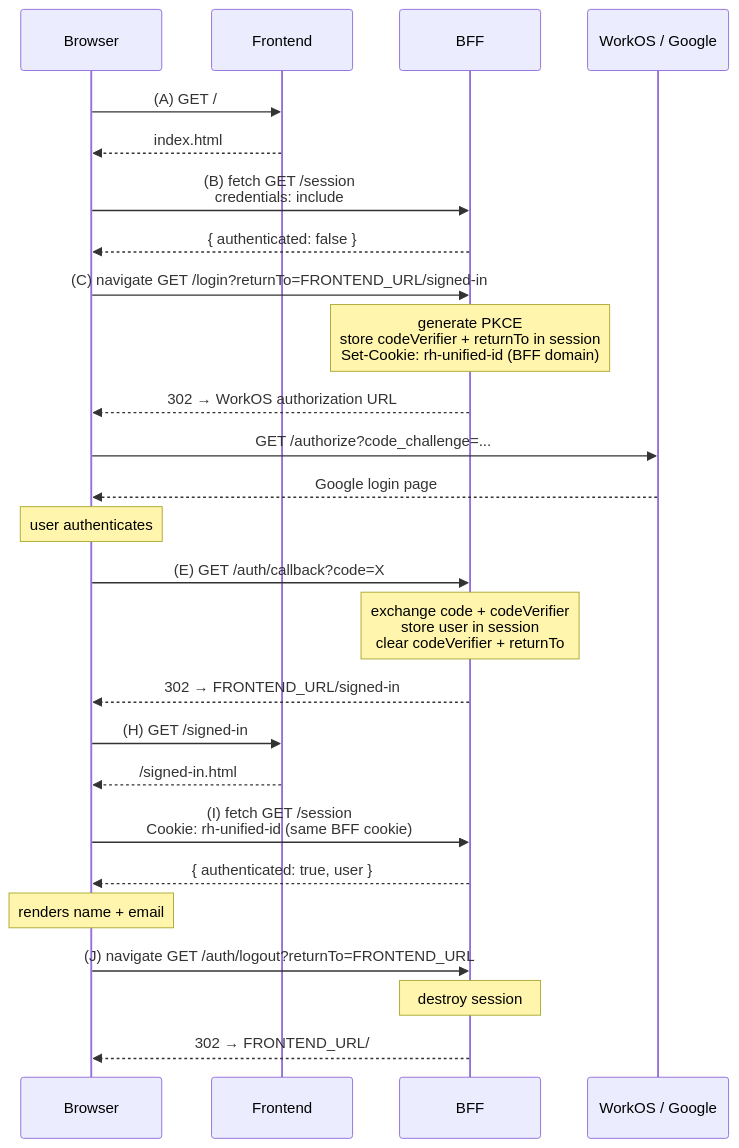
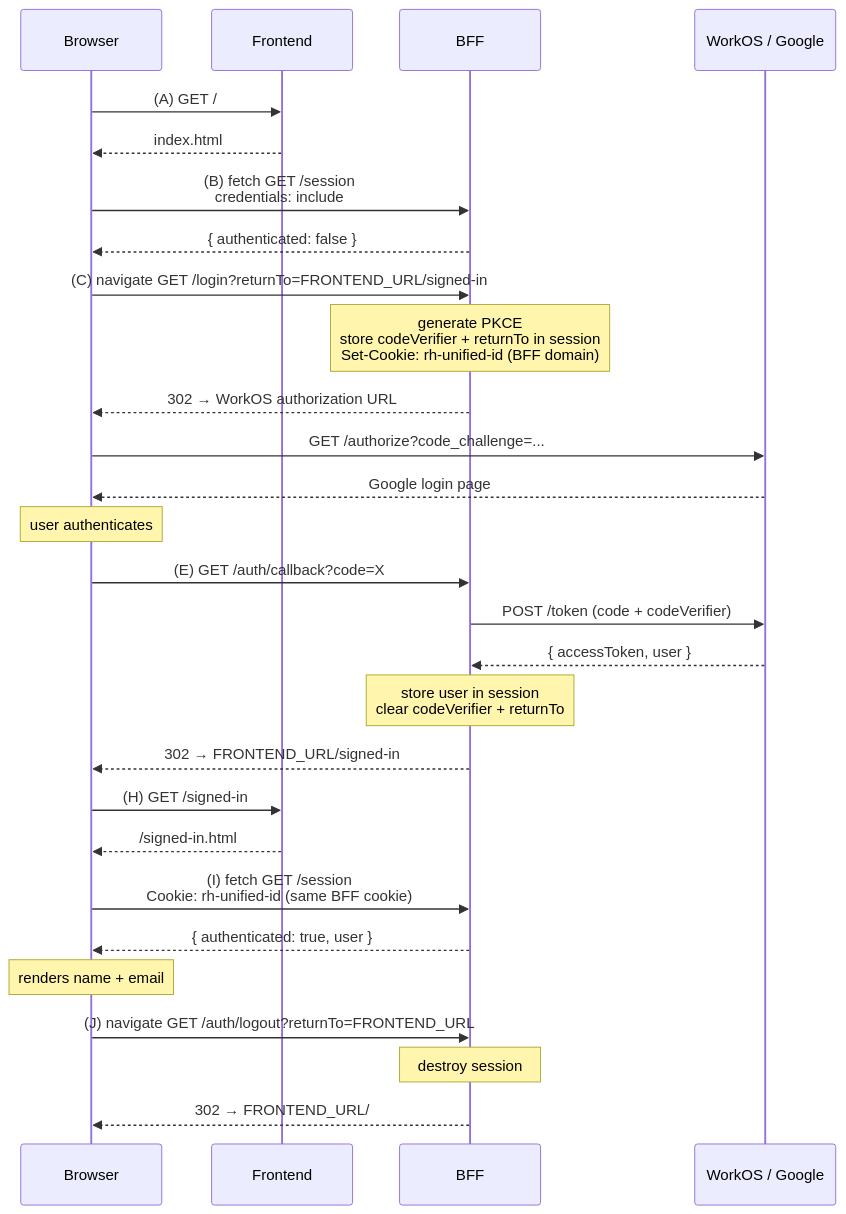
The diagram in mermaid-diagram-architecture.md (sijoonlee/workos-demo), drawn with Mermaid before and after one commit.

Commit message:
fix: update mermaid diagram

````diff
--- a/mermaid-diagram-architecture.md
+++ b/mermaid-diagram-architecture.md
@@ -1,36 +1,38 @@
 ```mermaid
 sequenceDiagram
     participant B as Browser
     participant FA as Frontend
     participant BFF as BFF
     participant W as WorkOS / Google
 
     B->>FA: (A) GET /
     FA-->>B: index.html
 
     B->>BFF: (B) fetch GET /session<br/>credentials: include
     BFF-->>B: { authenticated: false }
 
     B->>BFF: (C) navigate GET /login?returnTo=FRONTEND_URL/signed-in
     note over BFF: generate PKCE<br/>store codeVerifier + returnTo in session<br/>Set-Cookie: rh-unified-id (BFF domain)
     BFF-->>B: 302 → WorkOS authorization URL
 
     B->>W: GET /authorize?code_challenge=...
     W-->>B: Google login page
     note over B: user authenticates
 
     B->>BFF: (E) GET /auth/callback?code=X
-    note over BFF: exchange code + codeVerifier<br/>store user in session<br/>clear codeVerifier + returnTo
+    BFF->>W: POST /token (code + codeVerifier)
+    W-->>BFF: { accessToken, user }
+    note over BFF: store user in session<br/>clear codeVerifier + returnTo
     BFF-->>B: 302 → FRONTEND_URL/signed-in
 
     B->>FA: (H) GET /signed-in
     FA-->>B: /signed-in.html
 
     B->>BFF: (I) fetch GET /session<br/>Cookie: rh-unified-id (same BFF cookie)
     BFF-->>B: { authenticated: true, user }
     note over B: renders name + email
 
     B->>BFF: (J) navigate GET /auth/logout?returnTo=FRONTEND_URL
     note over BFF: destroy session
     BFF-->>B: 302 → FRONTEND_URL/
 ```
````
